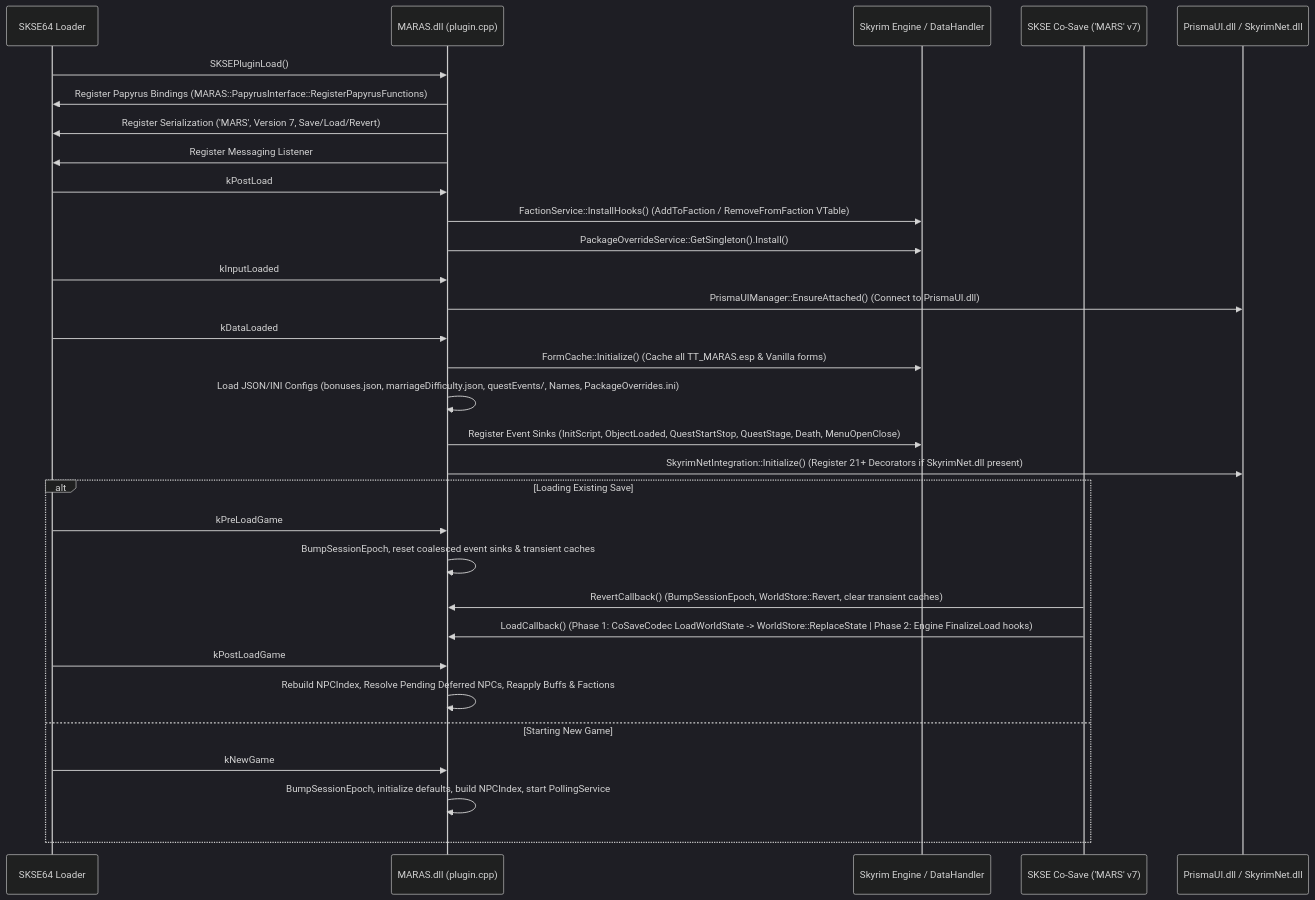
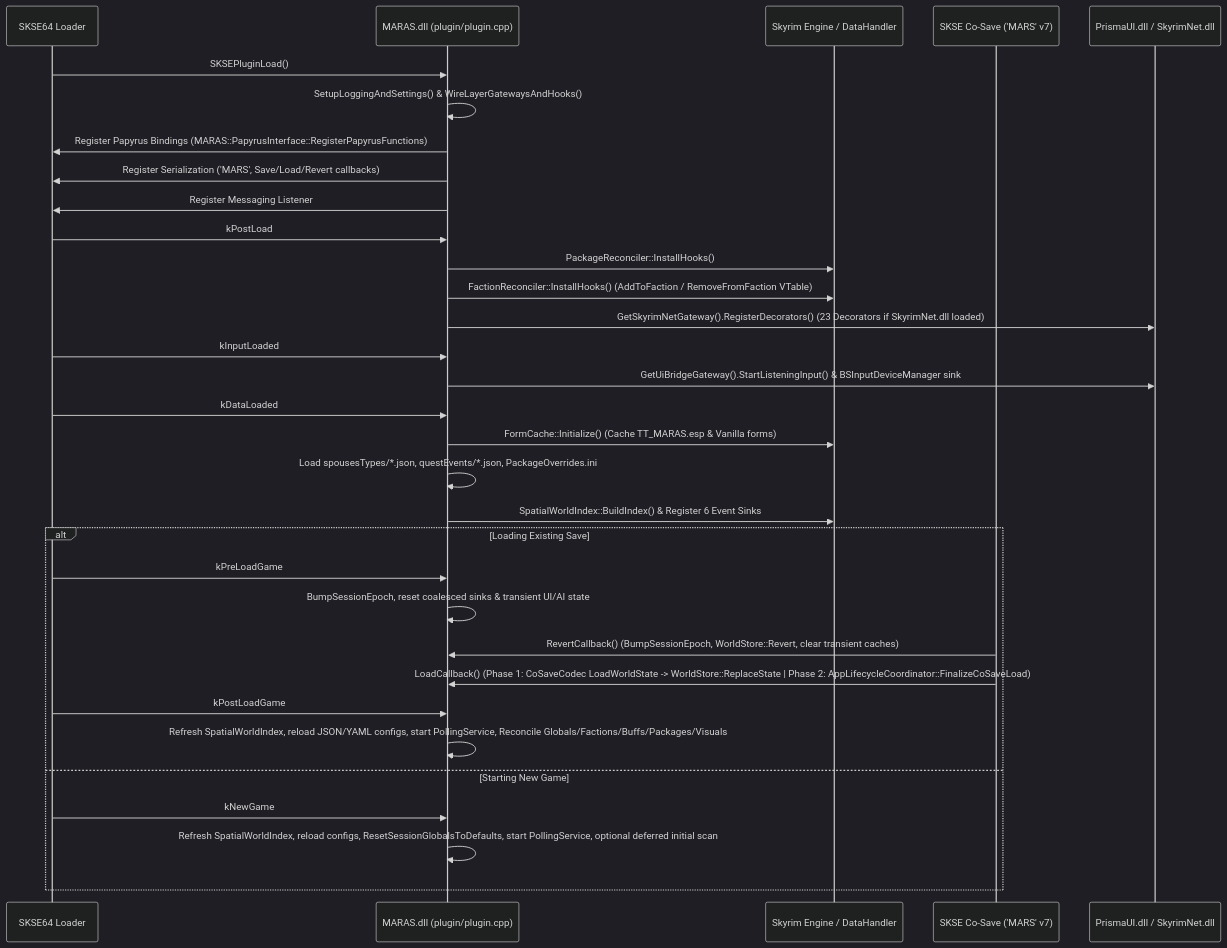
The second of 2 diagrams in docs/modder/ARCHITECTURE.md (tetherball88/maras), drawn with Mermaid (dark theme) before and after one commit. The commit also changed other lines of this file and 120 other files, not shown here.

Commit message:
P4.3 — Final Architectural Sign-Off & Documentation Sync

````diff
--- a/docs/modder/ARCHITECTURE.md
+++ b/docs/modder/ARCHITECTURE.md
@@ -107,38 +112,39 @@
 ```mermaid
 sequenceDiagram
     participant SKSE as SKSE64 Loader
-    participant Plugin as MARAS.dll (plugin.cpp)
+    participant Plugin as MARAS.dll (plugin/plugin.cpp)
     participant Engine as Skyrim Engine / DataHandler
     participant CoSave as SKSE Co-Save ('MARS' v7)
     participant UI as PrismaUI.dll / SkyrimNet.dll
 
     SKSE->>Plugin: SKSEPluginLoad()
+    Plugin->>Plugin: SetupLoggingAndSettings() & WireLayerGatewaysAndHooks()
     Plugin->>SKSE: Register Papyrus Bindings (MARAS::PapyrusInterface::RegisterPapyrusFunctions)
-    Plugin->>SKSE: Register Serialization ('MARS', Version 7, Save/Load/Revert)
+    Plugin->>SKSE: Register Serialization ('MARS', Save/Load/Revert callbacks)
     Plugin->>SKSE: Register Messaging Listener
 
     SKSE->>Plugin: kPostLoad
-    Plugin->>Engine: FactionService::InstallHooks() (AddToFaction / RemoveFromFaction VTable)
-    Plugin->>Engine: PackageOverrideService::GetSingleton().Install()
+    Plugin->>Engine: PackageReconciler::InstallHooks()
+    Plugin->>Engine: FactionReconciler::InstallHooks() (AddToFaction / RemoveFromFaction VTable)
+    Plugin->>UI: GetSkyrimNetGateway().RegisterDecorators() (23 Decorators if SkyrimNet.dll loaded)
 
     SKSE->>Plugin: kInputLoaded
-    Plugin->>UI: PrismaUIManager::EnsureAttached() (Connect to PrismaUI.dll)
+    Plugin->>UI: GetUiBridgeGateway().StartListeningInput() & BSInputDeviceManager sink
 
     SKSE->>Plugin: kDataLoaded
-    Plugin->>Engine: FormCache::Initialize() (Cache all TT_MARAS.esp & Vanilla forms)
-    Plugin->>Plugin: Load JSON/INI Configs (bonuses.json, marriageDifficulty.json, questEvents/, Names, PackageOverrides.ini)
-    Plugin->>Engine: Register Event Sinks (InitScript, ObjectLoaded, QuestStartStop, QuestStage, Death, MenuOpenClose)
-    Plugin->>UI: SkyrimNetIntegration::Initialize() (Register 21+ Decorators if SkyrimNet.dll present)
+    Plugin->>Engine: FormCache::Initialize() (Cache TT_MARAS.esp & Vanilla forms)
+    Plugin->>Plugin: Load spousesTypes/*.json, questEvents/*.json, PackageOverrides.ini
+    Plugin->>Engine: SpatialWorldIndex::BuildIndex() & Register 6 Event Sinks
 
     alt Loading Existing Save
         SKSE->>Plugin: kPreLoadGame
-        Plugin->>Plugin: BumpSessionEpoch, reset coalesced event sinks & transient caches
+        Plugin->>Plugin: BumpSessionEpoch, reset coalesced sinks & transient UI/AI state
         CoSave->>Plugin: RevertCallback() (BumpSessionEpoch, WorldStore::Revert, clear transient caches)
-        CoSave->>Plugin: LoadCallback() (Phase 1: CoSaveCodec LoadWorldState -> WorldStore::ReplaceState | Phase 2: Engine FinalizeLoad hooks)
+        CoSave->>Plugin: LoadCallback() (Phase 1: CoSaveCodec LoadWorldState -> WorldStore::ReplaceState | Phase 2: AppLifecycleCoordinator::FinalizeCoSaveLoad)
         SKSE->>Plugin: kPostLoadGame
-        Plugin->>Plugin: Rebuild NPCIndex, Resolve Pending Deferred NPCs, Reapply Buffs & Factions
+        Plugin->>Plugin: Refresh SpatialWorldIndex, reload JSON/YAML configs, start PollingService, Reconcile Globals/Factions/Buffs/Packages/Visuals
     else Starting New Game
         SKSE->>Plugin: kNewGame
-        Plugin->>Plugin: BumpSessionEpoch, initialize defaults, build NPCIndex, start PollingService
+        Plugin->>Plugin: Refresh SpatialWorldIndex, reload configs, ResetSessionGlobalsToDefaults, start PollingService, optional deferred initial scan
     end
 ```
````
